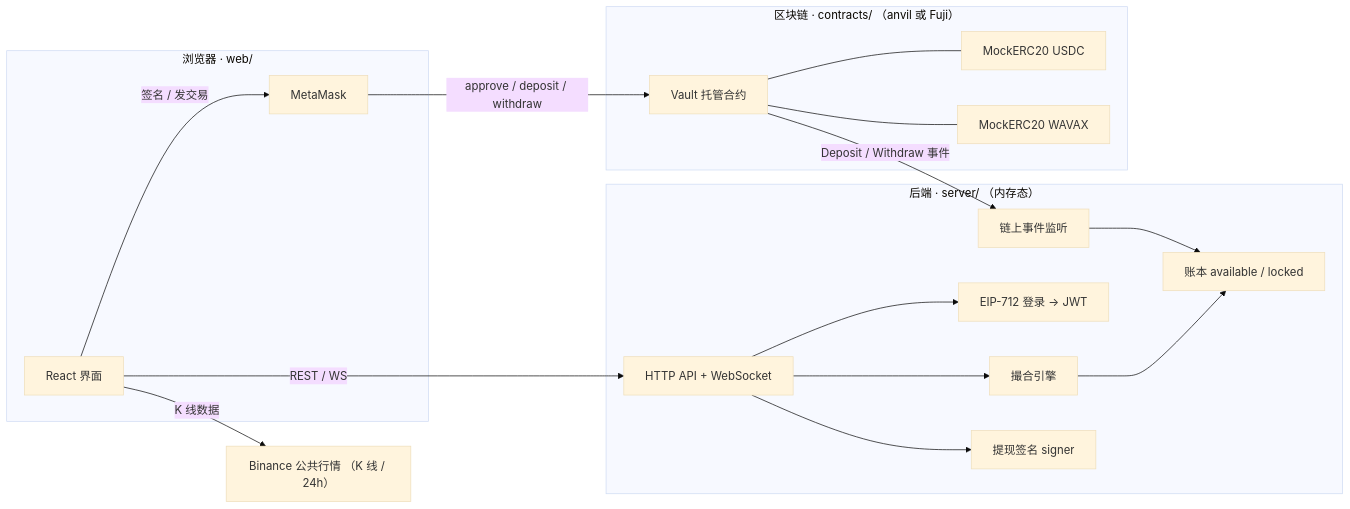
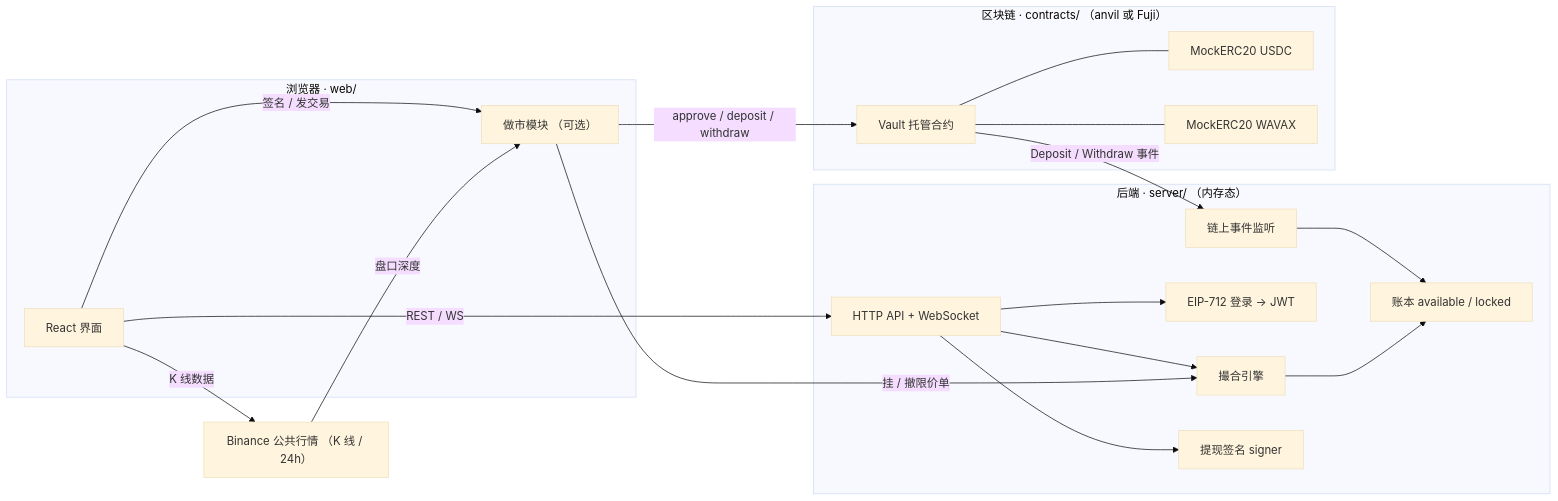
The first of 2 diagrams in README.md (emptytouch/Mini-DEX), drawn with Mermaid (base theme) before and after one commit. The commit also changed other lines of this file and 11 other files, not shown here.

First line of the commit message:
feat(server): 做市模块——把 Binance 盘口镜像到本所订单簿，订单簿用外部数据跑起来

````diff
--- a/README.md
+++ b/README.md
@@ -78,34 +79,37 @@
 ```mermaid
 flowchart LR
     subgraph Browser["浏览器 · web/"]
         UI["React 界面"]
         MM["MetaMask"]
     end
     subgraph Server["后端 · server/ （内存态）"]
         API["HTTP API + WebSocket"]
         Engine["撮合引擎"]
         Ledger["账本 available / locked"]
         Auth["EIP-712 登录 → JWT"]
         Watcher["链上事件监听"]
         Signer["提现签名 signer"]
+        MM["做市模块 （可选）"]
     end
     subgraph Chain["区块链 · contracts/ （anvil 或 Fuji）"]
         Vault["Vault 托管合约"]
         USDC["MockERC20 USDC"]
         WAVAX["MockERC20 WAVAX"]
     end
     Binance["Binance 公共行情 （K 线 / 24h）"]
 
     UI -- "REST / WS" --> API
     UI -- "K 线数据" --> Binance
     UI -- "签名 / 发交易" --> MM
     MM -- "approve / deposit / withdraw" --> Vault
     Vault --- USDC
     Vault --- WAVAX
     Vault -- "Deposit / Withdraw 事件" --> Watcher
     Watcher --> Ledger
     API --> Auth
     API --> Engine
     Engine --> Ledger
     API --> Signer
+    Binance -- "盘口深度" --> MM
+    MM -- "挂 / 撤限价单" --> Engine
 ```
````
